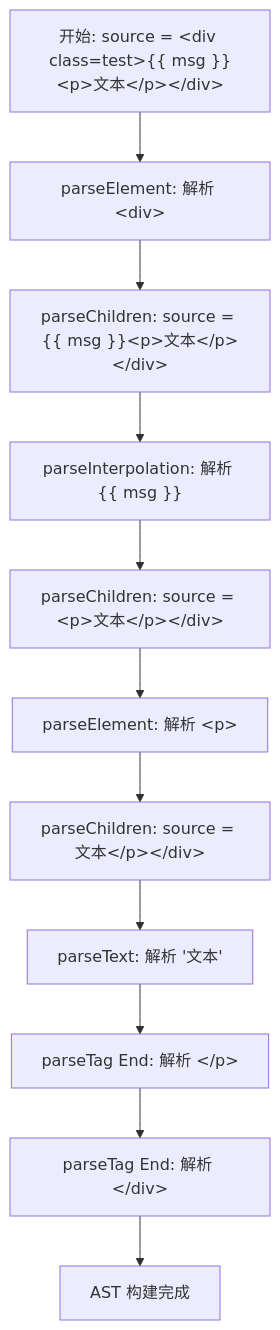
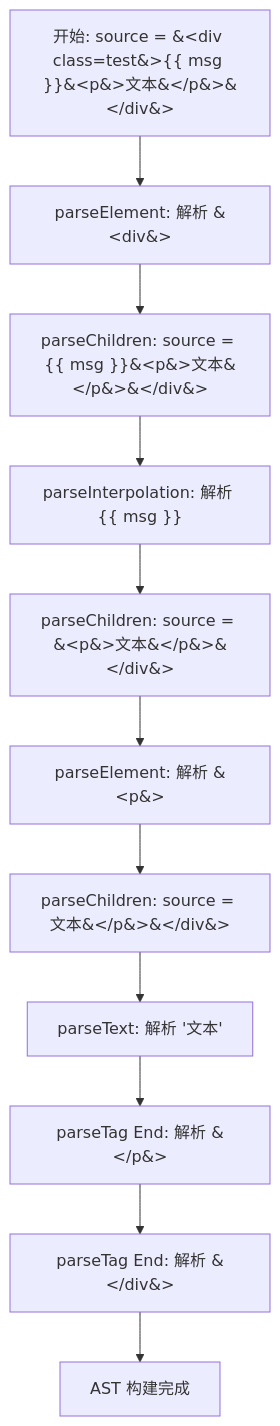
Before and after one commit to zhangzhengyang27/tech-codex: the fifth of 15 diagrams in docs/04-前端/06-vue3/01-vue3文档/04-原理与工程化/17-编译器-模板编译全流程.md, drawn with Mermaid. The commit also changed other lines of this file and 195 other files, not shown here.

````diff
--- a/docs/04-前端/06-vue3/01-vue3文档/04-原理与工程化/17-编译器-模板编译全流程.md
+++ b/docs/04-前端/06-vue3/01-vue3文档/04-原理与工程化/17-编译器-模板编译全流程.md
@@ -884,13 +884,13 @@
 ```mermaid
 flowchart TD
-  A["开始: source = &lt;div class=test&gt;{{ msg }}&lt;p&gt;文本&lt;/p&gt;&lt;/div&gt;"] --> B["parseElement: 解析 &lt;div&gt;"]
-  B --> C["parseChildren: source = {{ msg }}&lt;p&gt;文本&lt;/p&gt;&lt;/div&gt;"]
+  A["开始: source = &#60;div class=test&#62;{{ msg }}&#60;p&#62;文本&#60;/p&#62;&#60;/div&#62;"] --> B["parseElement: 解析 &#60;div&#62;"]
+  B --> C["parseChildren: source = {{ msg }}&#60;p&#62;文本&#60;/p&#62;&#60;/div&#62;"]
   C --> D["parseInterpolation: 解析 {{ msg }}"]
-  D --> E["parseChildren: source = &lt;p&gt;文本&lt;/p&gt;&lt;/div&gt;"]
-  E --> F["parseElement: 解析 &lt;p&gt;"]
-  F --> G["parseChildren: source = 文本&lt;/p&gt;&lt;/div&gt;"]
+  D --> E["parseChildren: source = &#60;p&#62;文本&#60;/p&#62;&#60;/div&#62;"]
+  E --> F["parseElement: 解析 &#60;p&#62;"]
+  F --> G["parseChildren: source = 文本&#60;/p&#62;&#60;/div&#62;"]
   G --> H["parseText: 解析 '文本'"]
-  H --> I["parseTag End: 解析 &lt;/p&gt;"]
-  I --> J["parseTag End: 解析 &lt;/div&gt;"]
+  H --> I["parseTag End: 解析 &#60;/p&#62;"]
+  I --> J["parseTag End: 解析 &#60;/div&#62;"]
   J --> K["AST 构建完成"]
 ```
````
